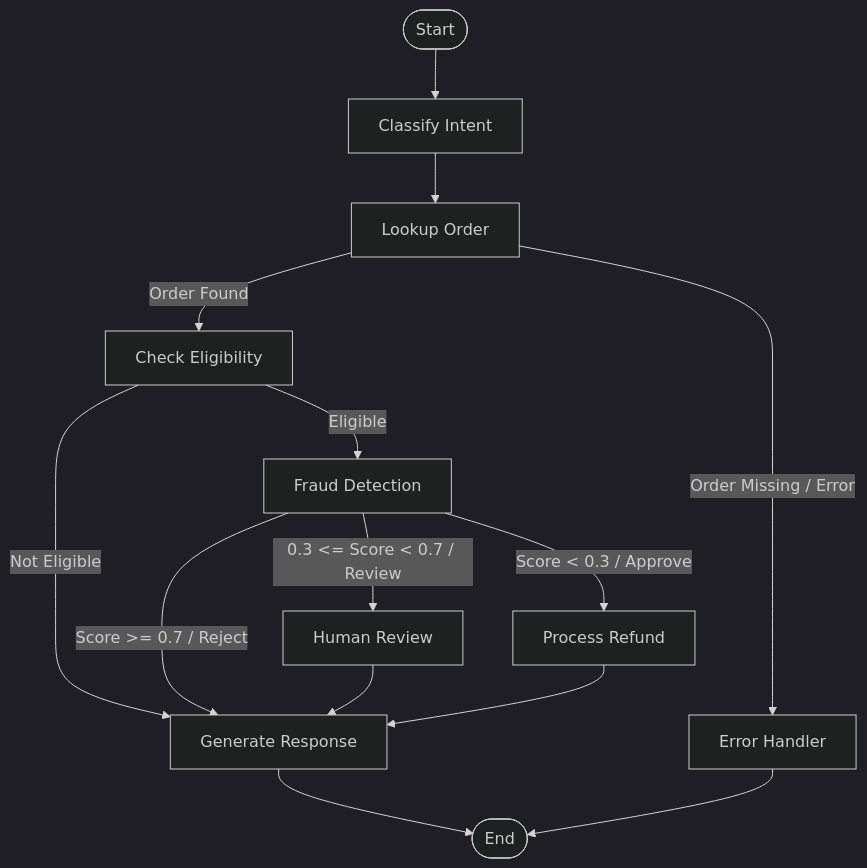
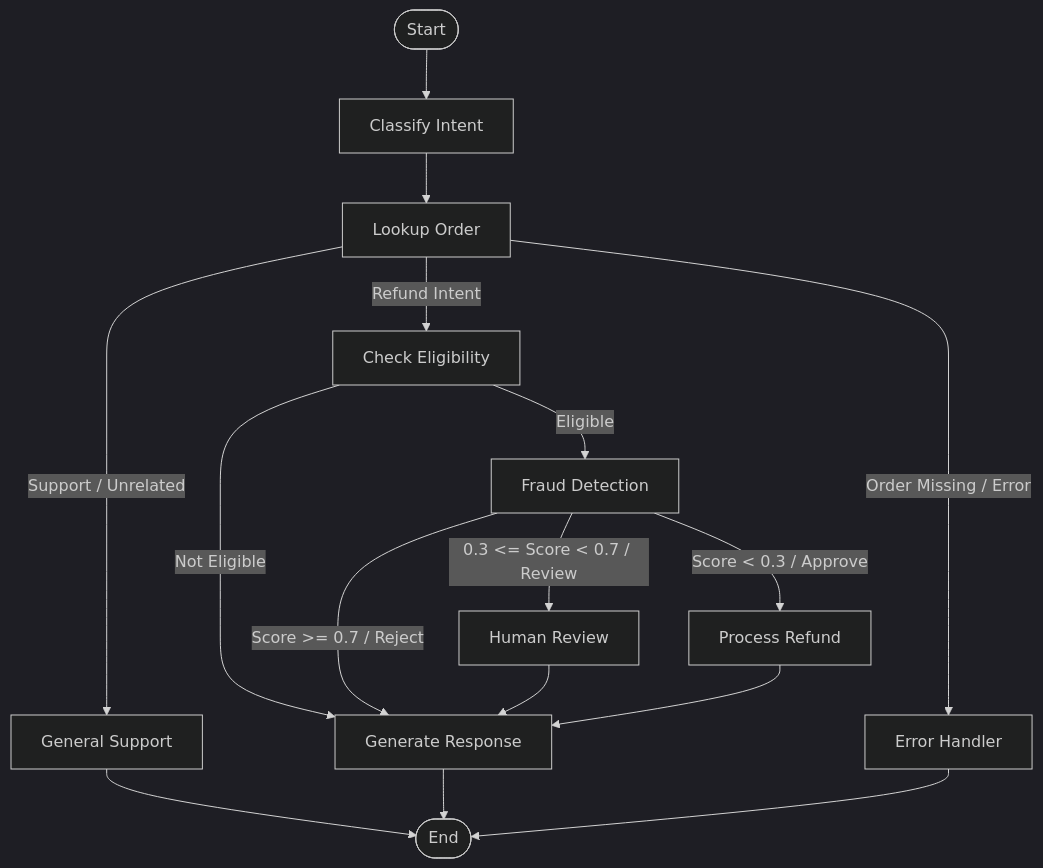
Before and after one commit to Rhythamtech/refGuard: the first of 2 diagrams in README.md, drawn with Mermaid (dark theme). The commit also changed other lines of this file and 14 other files, not shown here.

````diff
--- a/README.md
+++ b/README.md
@@ -21,21 +21,24 @@
 ```mermaid
 flowchart TD
     START([Start]) --> classify_intent[Classify Intent]
     classify_intent --> lookup_order[Lookup Order]
     
-    lookup_order -->|Order Found| check_eligibility[Check Eligibility]
+    lookup_order -->|Refund Intent| check_eligibility[Check Eligibility]
+    lookup_order -->|Support / Unrelated| general_support[General Support]
     lookup_order -->|Order Missing / Error| error[Error Handler]
+    
+    general_support --> END([End])
     
     check_eligibility -->|Eligible| fraud_detection[Fraud Detection]
     check_eligibility -->|Not Eligible| generate_response[Generate Response]
     
     fraud_detection -->|Score < 0.3 / Approve| process_refund[Process Refund]
     fraud_detection -->|0.3 <= Score < 0.7 / Review| human_review[Human Review]
     fraud_detection -->|Score >= 0.7 / Reject| generate_response
     
     human_review --> generate_response
     process_refund --> generate_response
     
-    generate_response --> END([End])
+    generate_response --> END
     error --> END
 ```
````
